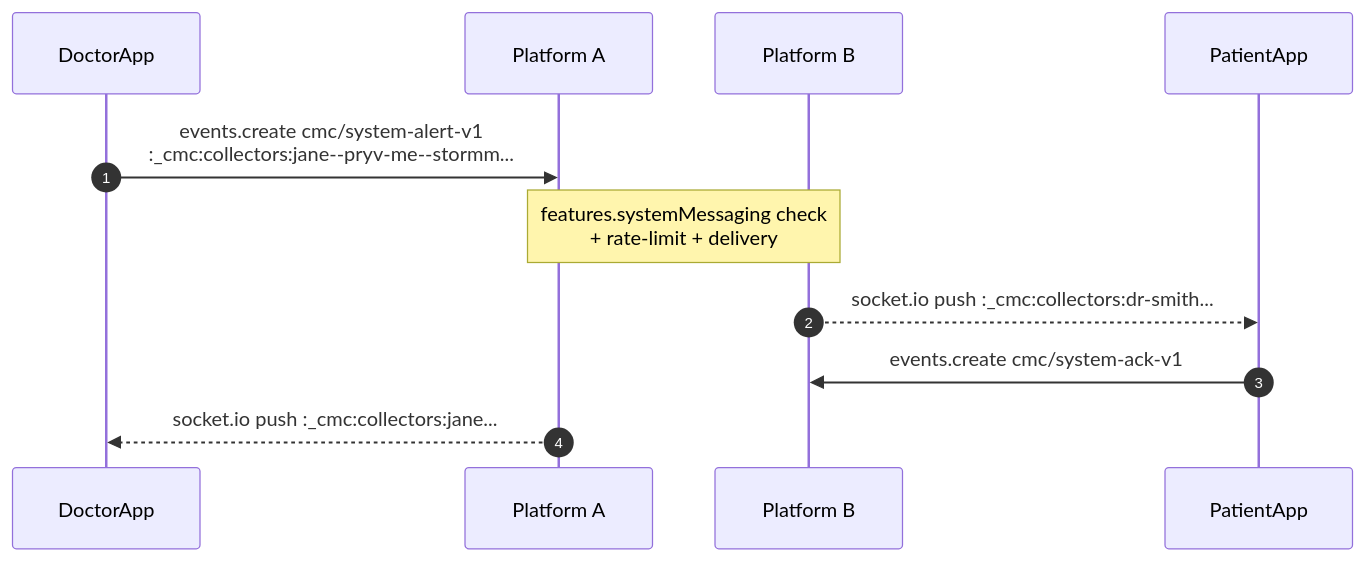
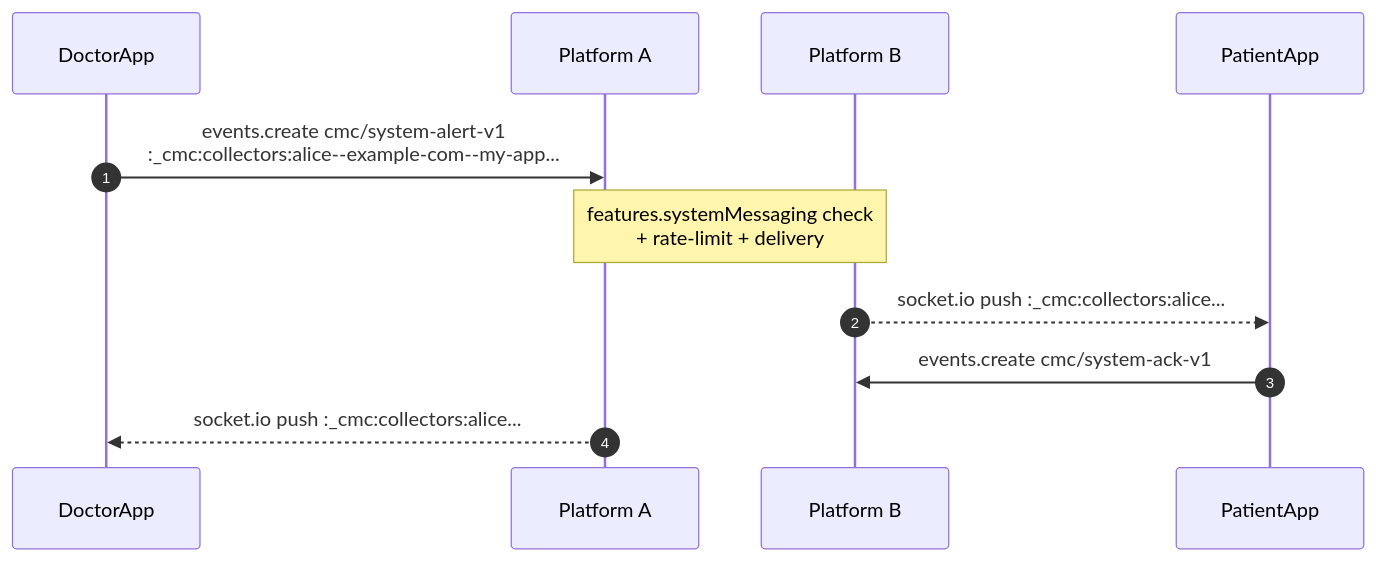
The third of 5 diagrams in components/cmc/IMPLEMENTERS-GUIDE.md (pryv/open-pryv.io), drawn with Mermaid before and after one commit. The commit also changed other lines of this file and 20 other files, not shown here.

````diff
--- a/components/cmc/IMPLEMENTERS-GUIDE.md
+++ b/components/cmc/IMPLEMENTERS-GUIDE.md
@@ -430,14 +430,14 @@
 ```mermaid
 sequenceDiagram
     autonumber
     participant DoctorApp
     participant PlatformA as Platform A
     participant PlatformB as Platform B
     participant PatientApp
 
-    DoctorApp->>PlatformA: events.create cmc/system-alert-v1<br/>:_cmc:collectors:jane--pryv-me--stormm...
+    DoctorApp->>PlatformA: events.create cmc/system-alert-v1<br/>:_cmc:collectors:alice--example-com--my-app...
     Note over PlatformA,PlatformB: features.systemMessaging check<br/>+ rate-limit + delivery
-    PlatformB-->>PatientApp: socket.io push :_cmc:collectors:dr-smith...
+    PlatformB-->>PatientApp: socket.io push :_cmc:collectors:alice...
     PatientApp->>PlatformB: events.create cmc/system-ack-v1
-    PlatformA-->>DoctorApp: socket.io push :_cmc:collectors:jane...
+    PlatformA-->>DoctorApp: socket.io push :_cmc:collectors:alice...
 ```
````
